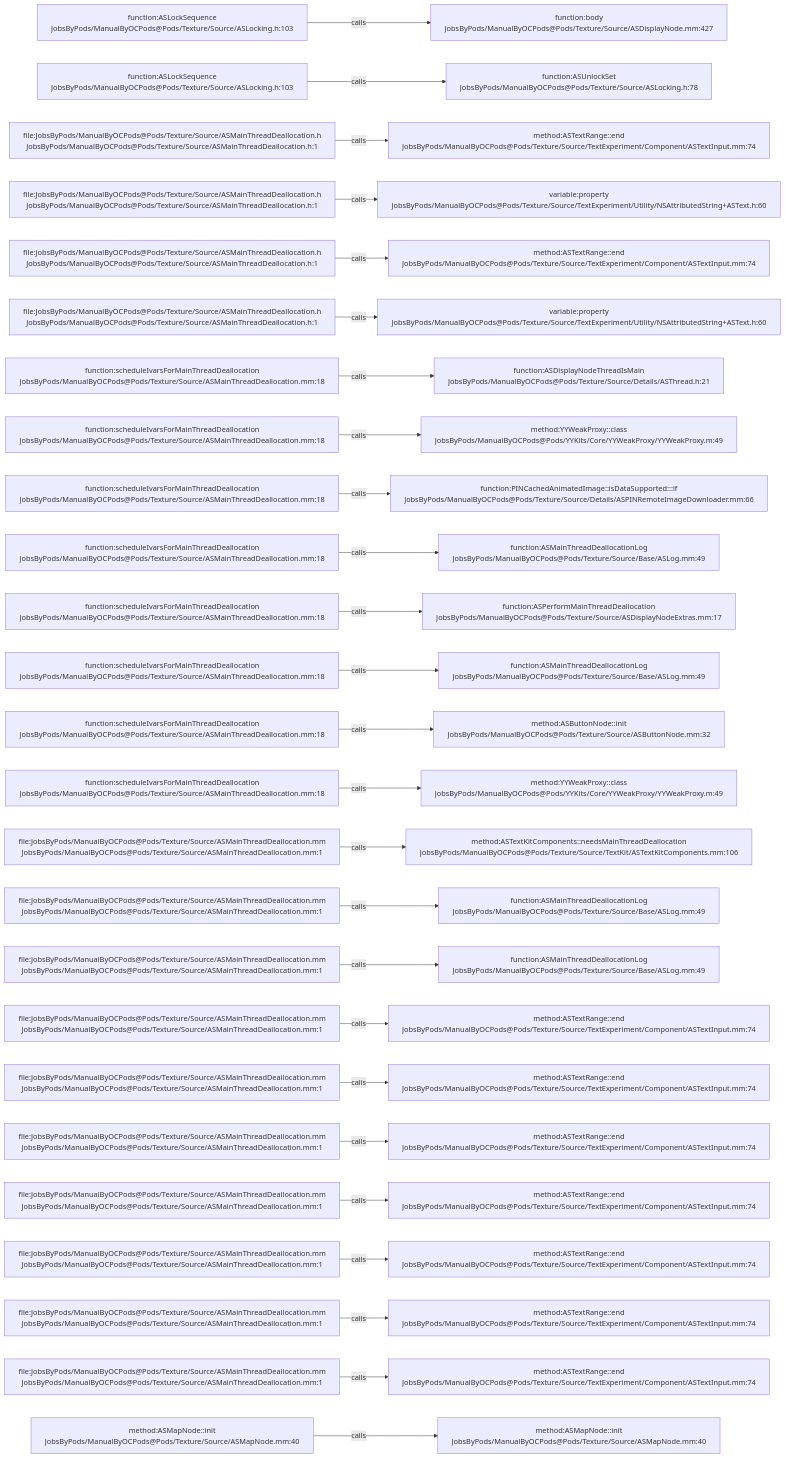
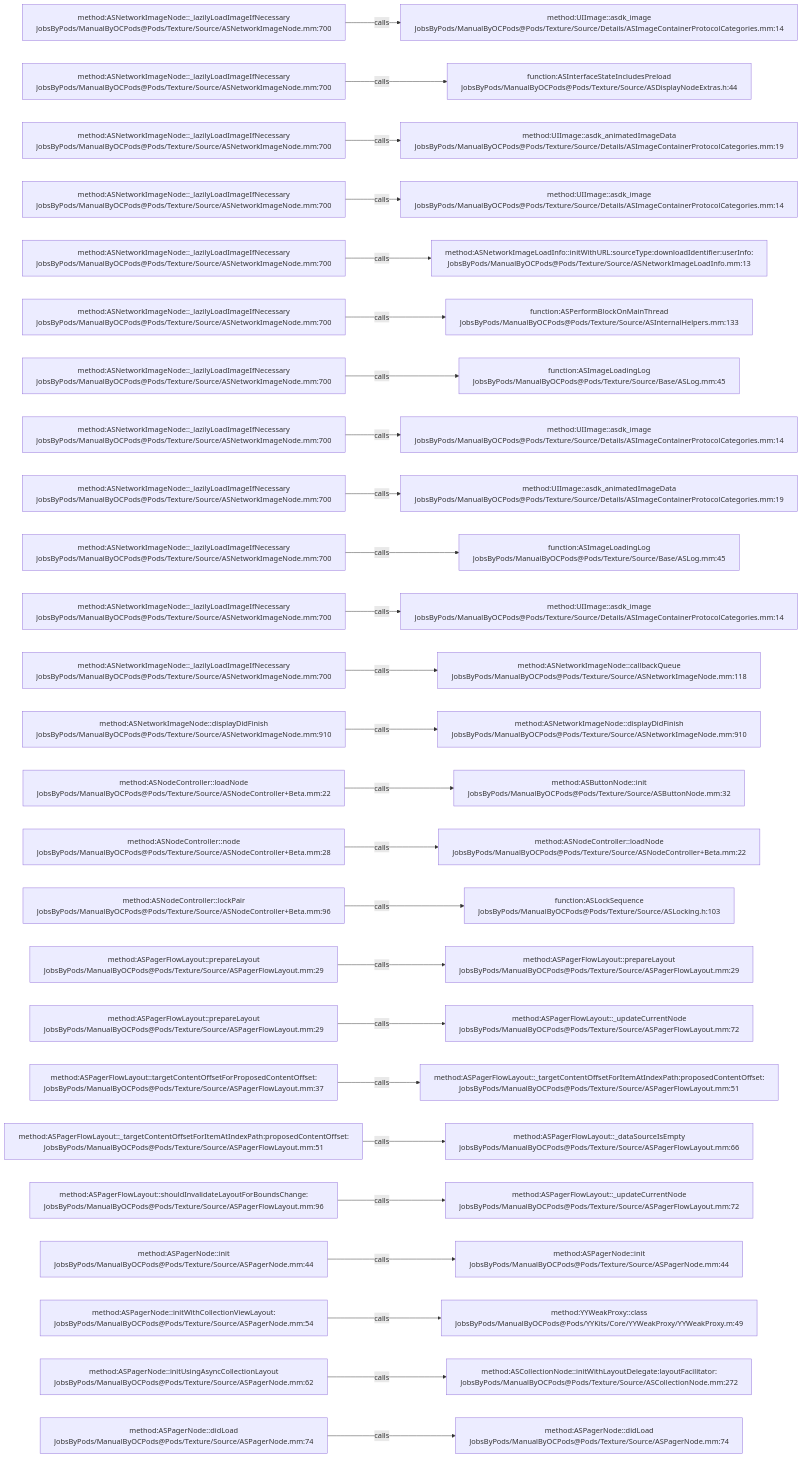
Before and after one commit to JobsKits/JobsOCBaseConfigDemo: the diagram in .codegraph/codegraph.md/graphs/calls-104.md, drawn with Mermaid. The commit also changed 2723 other files, not shown here.

````diff
--- a/.codegraph/codegraph.md/graphs/calls-104.md
+++ b/.codegraph/codegraph.md/graphs/calls-104.md
@@ -13,78 +13,78 @@
 ```mermaid
 flowchart LR
-  S1["function:ASLockSequence<br/>JobsByPods/ManualByOCPods@Pods/Texture/Source/ASLocking.h:103"]
-  T1["function:body<br/>JobsByPods/ManualByOCPods@Pods/Texture/Source/ASDisplayNode.mm:427"]
+  S1["method:ASNetworkImageNode::_lazilyLoadImageIfNecessary<br/>JobsByPods/ManualByOCPods@Pods/Texture/Source/ASNetworkImageNode.mm:700"]
+  T1["method:UIImage::asdk_image<br/>JobsByPods/ManualByOCPods@Pods/Texture/Source/Details/ASImageContainerProtocolCategories.mm:14"]
   S1 -->|calls| T1
-  S2["function:ASLockSequence<br/>JobsByPods/ManualByOCPods@Pods/Texture/Source/ASLocking.h:103"]
-  T2["function:ASUnlockSet<br/>JobsByPods/ManualByOCPods@Pods/Texture/Source/ASLocking.h:78"]
+  S2["method:ASNetworkImageNode::_lazilyLoadImageIfNecessary<br/>JobsByPods/ManualByOCPods@Pods/Texture/Source/ASNetworkImageNode.mm:700"]
+  T2["function:ASInterfaceStateIncludesPreload<br/>JobsByPods/ManualByOCPods@Pods/Texture/Source/ASDisplayNodeExtras.h:44"]
   S2 -->|calls| T2
-  S3["file:JobsByPods/ManualByOCPods@Pods/Texture/Source/ASMainThreadDeallocation.h<br/>JobsByPods/ManualByOCPods@Pods/Texture/Source/ASMainThreadDeallocation.h:1"]
-  T3["method:ASTextRange::end<br/>JobsByPods/ManualByOCPods@Pods/Texture/Source/TextExperiment/Component/ASTextInput.mm:74"]
+  S3["method:ASNetworkImageNode::_lazilyLoadImageIfNecessary<br/>JobsByPods/ManualByOCPods@Pods/Texture/Source/ASNetworkImageNode.mm:700"]
+  T3["method:UIImage::asdk_animatedImageData<br/>JobsByPods/ManualByOCPods@Pods/Texture/Source/Details/ASImageContainerProtocolCategories.mm:19"]
   S3 -->|calls| T3
-  S4["file:JobsByPods/ManualByOCPods@Pods/Texture/Source/ASMainThreadDeallocation.h<br/>JobsByPods/ManualByOCPods@Pods/Texture/Source/ASMainThreadDeallocation.h:1"]
-  T4["variable:property<br/>JobsByPods/ManualByOCPods@Pods/Texture/Source/TextExperiment/Utility/NSAttributedString+ASText.h:60"]
+  S4["method:ASNetworkImageNode::_lazilyLoadImageIfNecessary<br/>JobsByPods/ManualByOCPods@Pods/Texture/Source/ASNetworkImageNode.mm:700"]
+  T4["method:UIImage::asdk_image<br/>JobsByPods/ManualByOCPods@Pods/Texture/Source/Details/ASImageContainerProtocolCategories.mm:14"]
   S4 -->|calls| T4
-  S5["file:JobsByPods/ManualByOCPods@Pods/Texture/Source/ASMainThreadDeallocation.h<br/>JobsByPods/ManualByOCPods@Pods/Texture/Source/ASMainThreadDeallocation.h:1"]
-  T5["method:ASTextRange::end<br/>JobsByPods/ManualByOCPods@Pods/Texture/Source/TextExperiment/Component/ASTextInput.mm:74"]
+  S5["method:ASNetworkImageNode::_lazilyLoadImageIfNecessary<br/>JobsByPods/ManualByOCPods@Pods/Texture/Source/ASNetworkImageNode.mm:700"]
+  T5["method:ASNetworkImageLoadInfo::initWithURL:sourceType:downloadIdentifier:userInfo:<br/>JobsByPods/ManualByOCPods@Pods/Texture/Source/ASNetworkImageLoadInfo.mm:13"]
   S5 -->|calls| T5
-  S6["file:JobsByPods/ManualByOCPods@Pods/Texture/Source/ASMainThreadDeallocation.h<br/>JobsByPods/ManualByOCPods@Pods/Texture/Source/ASMainThreadDeallocation.h:1"]
-  T6["variable:property<br/>JobsByPods/ManualByOCPods@Pods/Texture/Source/TextExperiment/Utility/NSAttributedString+ASText.h:60"]
+  S6["method:ASNetworkImageNode::_lazilyLoadImageIfNecessary<br/>JobsByPods/ManualByOCPods@Pods/Texture/Source/ASNetworkImageNode.mm:700"]
+  T6["function:ASPerformBlockOnMainThread<br/>JobsByPods/ManualByOCPods@Pods/Texture/Source/ASInternalHelpers.mm:133"]
   S6 -->|calls| T6
-  S7["function:scheduleIvarsForMainThreadDeallocation<br/>JobsByPods/ManualByOCPods@Pods/Texture/Source/ASMainThreadDeallocation.mm:18"]
-  T7["function:ASDisplayNodeThreadIsMain<br/>JobsByPods/ManualByOCPods@Pods/Texture/Source/Details/ASThread.h:21"]
+  S7["method:ASNetworkImageNode::_lazilyLoadImageIfNecessary<br/>JobsByPods/ManualByOCPods@Pods/Texture/Source/ASNetworkImageNode.mm:700"]
+  T7["function:ASImageLoadingLog<br/>JobsByPods/ManualByOCPods@Pods/Texture/Source/Base/ASLog.mm:45"]
   S7 -->|calls| T7
-  S8["function:scheduleIvarsForMainThreadDeallocation<br/>JobsByPods/ManualByOCPods@Pods/Texture/Source/ASMainThreadDeallocation.mm:18"]
-  T8["method:YYWeakProxy::class<br/>JobsByPods/ManualByOCPods@Pods/YYKits/Core/YYWeakProxy/YYWeakProxy.m:49"]
+  S8["method:ASNetworkImageNode::_lazilyLoadImageIfNecessary<br/>JobsByPods/ManualByOCPods@Pods/Texture/Source/ASNetworkImageNode.mm:700"]
+  T8["method:UIImage::asdk_image<br/>JobsByPods/ManualByOCPods@Pods/Texture/Source/Details/ASImageContainerProtocolCategories.mm:14"]
   S8 -->|calls| T8
-  S9["function:scheduleIvarsForMainThreadDeallocation<br/>JobsByPods/ManualByOCPods@Pods/Texture/Source/ASMainThreadDeallocation.mm:18"]
-  T9["function:PINCachedAnimatedImage::isDataSupported:::if<br/>JobsByPods/ManualByOCPods@Pods/Texture/Source/Details/ASPINRemoteImageDownloader.mm:66"]
+  S9["method:ASNetworkImageNode::_lazilyLoadImageIfNecessary<br/>JobsByPods/ManualByOCPods@Pods/Texture/Source/ASNetworkImageNode.mm:700"]
+  T9["method:UIImage::asdk_animatedImageData<br/>JobsByPods/ManualByOCPods@Pods/Texture/Source/Details/ASImageContainerProtocolCategories.mm:19"]
   S9 -->|calls| T9
-  S10["function:scheduleIvarsForMainThreadDeallocation<br/>JobsByPods/ManualByOCPods@Pods/Texture/Source/ASMainThreadDeallocation.mm:18"]
-  T10["function:ASMainThreadDeallocationLog<br/>JobsByPods/ManualByOCPods@Pods/Texture/Source/Base/ASLog.mm:49"]
+  S10["method:ASNetworkImageNode::_lazilyLoadImageIfNecessary<br/>JobsByPods/ManualByOCPods@Pods/Texture/Source/ASNetworkImageNode.mm:700"]
+  T10["function:ASImageLoadingLog<br/>JobsByPods/ManualByOCPods@Pods/Texture/Source/Base/ASLog.mm:45"]
   S10 -->|calls| T10
-  S11["function:scheduleIvarsForMainThreadDeallocation<br/>JobsByPods/ManualByOCPods@Pods/Texture/Source/ASMainThreadDeallocation.mm:18"]
-  T11["function:ASPerformMainThreadDeallocation<br/>JobsByPods/ManualByOCPods@Pods/Texture/Source/ASDisplayNodeExtras.mm:17"]
+  S11["method:ASNetworkImageNode::_lazilyLoadImageIfNecessary<br/>JobsByPods/ManualByOCPods@Pods/Texture/Source/ASNetworkImageNode.mm:700"]
+  T11["method:UIImage::asdk_image<br/>JobsByPods/ManualByOCPods@Pods/Texture/Source/Details/ASImageContainerProtocolCategories.mm:14"]
   S11 -->|calls| T11
-  S12["function:scheduleIvarsForMainThreadDeallocation<br/>JobsByPods/ManualByOCPods@Pods/Texture/Source/ASMainThreadDeallocation.mm:18"]
-  T12["function:ASMainThreadDeallocationLog<br/>JobsByPods/ManualByOCPods@Pods/Texture/Source/Base/ASLog.mm:49"]
+  S12["method:ASNetworkImageNode::_lazilyLoadImageIfNecessary<br/>JobsByPods/ManualByOCPods@Pods/Texture/Source/ASNetworkImageNode.mm:700"]
+  T12["method:ASNetworkImageNode::callbackQueue<br/>JobsByPods/ManualByOCPods@Pods/Texture/Source/ASNetworkImageNode.mm:118"]
   S12 -->|calls| T12
-  S13["function:scheduleIvarsForMainThreadDeallocation<br/>JobsByPods/ManualByOCPods@Pods/Texture/Source/ASMainThreadDeallocation.mm:18"]
-  T13["method:ASButtonNode::init<br/>JobsByPods/ManualByOCPods@Pods/Texture/Source/ASButtonNode.mm:32"]
+  S13["method:ASNetworkImageNode::displayDidFinish<br/>JobsByPods/ManualByOCPods@Pods/Texture/Source/ASNetworkImageNode.mm:910"]
+  T13["method:ASNetworkImageNode::displayDidFinish<br/>JobsByPods/ManualByOCPods@Pods/Texture/Source/ASNetworkImageNode.mm:910"]
   S13 -->|calls| T13
-  S14["function:scheduleIvarsForMainThreadDeallocation<br/>JobsByPods/ManualByOCPods@Pods/Texture/Source/ASMainThreadDeallocation.mm:18"]
-  T14["method:YYWeakProxy::class<br/>JobsByPods/ManualByOCPods@Pods/YYKits/Core/YYWeakProxy/YYWeakProxy.m:49"]
+  S14["method:ASNodeController::loadNode<br/>JobsByPods/ManualByOCPods@Pods/Texture/Source/ASNodeController+Beta.mm:22"]
+  T14["method:ASButtonNode::init<br/>JobsByPods/ManualByOCPods@Pods/Texture/Source/ASButtonNode.mm:32"]
   S14 -->|calls| T14
-  S15["file:JobsByPods/ManualByOCPods@Pods/Texture/Source/ASMainThreadDeallocation.mm<br/>JobsByPods/ManualByOCPods@Pods/Texture/Source/ASMainThreadDeallocation.mm:1"]
-  T15["method:ASTextKitComponents::needsMainThreadDeallocation<br/>JobsByPods/ManualByOCPods@Pods/Texture/Source/TextKit/ASTextKitComponents.mm:106"]
+  S15["method:ASNodeController::node<br/>JobsByPods/ManualByOCPods@Pods/Texture/Source/ASNodeController+Beta.mm:28"]
+  T15["method:ASNodeController::loadNode<br/>JobsByPods/ManualByOCPods@Pods/Texture/Source/ASNodeController+Beta.mm:22"]
   S15 -->|calls| T15
-  S16["file:JobsByPods/ManualByOCPods@Pods/Texture/Source/ASMainThreadDeallocation.mm<br/>JobsByPods/ManualByOCPods@Pods/Texture/Source/ASMainThreadDeallocation.mm:1"]
-  T16["function:ASMainThreadDeallocationLog<br/>JobsByPods/ManualByOCPods@Pods/Texture/Source/Base/ASLog.mm:49"]
+  S16["method:ASNodeController::lockPair<br/>JobsByPods/ManualByOCPods@Pods/Texture/Source/ASNodeController+Beta.mm:96"]
+  T16["function:ASLockSequence<br/>JobsByPods/ManualByOCPods@Pods/Texture/Source/ASLocking.h:103"]
   S16 -->|calls| T16
-  S17["file:JobsByPods/ManualByOCPods@Pods/Texture/Source/ASMainThreadDeallocation.mm<br/>JobsByPods/ManualByOCPods@Pods/Texture/Source/ASMainThreadDeallocation.mm:1"]
-  T17["function:ASMainThreadDeallocationLog<br/>JobsByPods/ManualByOCPods@Pods/Texture/Source/Base/ASLog.mm:49"]
+  S17["method:ASPagerFlowLayout::prepareLayout<br/>JobsByPods/ManualByOCPods@Pods/Texture/Source/ASPagerFlowLayout.mm:29"]
+  T17["method:ASPagerFlowLayout::prepareLayout<br/>JobsByPods/ManualByOCPods@Pods/Texture/Source/ASPagerFlowLayout.mm:29"]
   S17 -->|calls| T17
-  S18["file:JobsByPods/ManualByOCPods@Pods/Texture/Source/ASMainThreadDeallocation.mm<br/>JobsByPods/ManualByOCPods@Pods/Texture/Source/ASMainThreadDeallocation.mm:1"]
-  T18["method:ASTextRange::end<br/>JobsByPods/ManualByOCPods@Pods/Texture/Source/TextExperiment/Component/ASTextInput.mm:74"]
+  S18["method:ASPagerFlowLayout::prepareLayout<br/>JobsByPods/ManualByOCPods@Pods/Texture/Source/ASPagerFlowLayout.mm:29"]
+  T18["method:ASPagerFlowLayout::_updateCurrentNode<br/>JobsByPods/ManualByOCPods@Pods/Texture/Source/ASPagerFlowLayout.mm:72"]
   S18 -->|calls| T18
-  S19["file:JobsByPods/ManualByOCPods@Pods/Texture/Source/ASMainThreadDeallocation.mm<br/>JobsByPods/ManualByOCPods@Pods/Texture/Source/ASMainThreadDeallocation.mm:1"]
-  T19["method:ASTextRange::end<br/>JobsByPods/ManualByOCPods@Pods/Texture/Source/TextExperiment/Component/ASTextInput.mm:74"]
+  S19["method:ASPagerFlowLayout::targetContentOffsetForProposedContentOffset:<br/>JobsByPods/ManualByOCPods@Pods/Texture/Source/ASPagerFlowLayout.mm:37"]
+  T19["method:ASPagerFlowLayout::_targetContentOffsetForItemAtIndexPath:proposedContentOffset:<br/>JobsByPods/ManualByOCPods@Pods/Texture/Source/ASPagerFlowLayout.mm:51"]
   S19 -->|calls| T19
-  S20["file:JobsByPods/ManualByOCPods@Pods/Texture/Source/ASMainThreadDeallocation.mm<br/>JobsByPods/ManualByOCPods@Pods/Texture/Source/ASMainThreadDeallocation.mm:1"]
-  T20["method:ASTextRange::end<br/>JobsByPods/ManualByOCPods@Pods/Texture/Source/TextExperiment/Component/ASTextInput.mm:74"]
+  S20["method:ASPagerFlowLayout::_targetContentOffsetForItemAtIndexPath:proposedContentOffset:<br/>JobsByPods/ManualByOCPods@Pods/Texture/Source/ASPagerFlowLayout.mm:51"]
+  T20["method:ASPagerFlowLayout::_dataSourceIsEmpty<br/>JobsByPods/ManualByOCPods@Pods/Texture/Source/ASPagerFlowLayout.mm:66"]
   S20 -->|calls| T20
-  S21["file:JobsByPods/ManualByOCPods@Pods/Texture/Source/ASMainThreadDeallocation.mm<br/>JobsByPods/ManualByOCPods@Pods/Texture/Source/ASMainThreadDeallocation.mm:1"]
-  T21["method:ASTextRange::end<br/>JobsByPods/ManualByOCPods@Pods/Texture/Source/TextExperiment/Component/ASTextInput.mm:74"]
+  S21["method:ASPagerFlowLayout::shouldInvalidateLayoutForBoundsChange:<br/>JobsByPods/ManualByOCPods@Pods/Texture/Source/ASPagerFlowLayout.mm:96"]
+  T21["method:ASPagerFlowLayout::_updateCurrentNode<br/>JobsByPods/ManualByOCPods@Pods/Texture/Source/ASPagerFlowLayout.mm:72"]
   S21 -->|calls| T21
-  S22["file:JobsByPods/ManualByOCPods@Pods/Texture/Source/ASMainThreadDeallocation.mm<br/>JobsByPods/ManualByOCPods@Pods/Texture/Source/ASMainThreadDeallocation.mm:1"]
-  T22["method:ASTextRange::end<br/>JobsByPods/ManualByOCPods@Pods/Texture/Source/TextExperiment/Component/ASTextInput.mm:74"]
+  S22["method:ASPagerNode::init<br/>JobsByPods/ManualByOCPods@Pods/Texture/Source/ASPagerNode.mm:44"]
+  T22["method:ASPagerNode::init<br/>JobsByPods/ManualByOCPods@Pods/Texture/Source/ASPagerNode.mm:44"]
   S22 -->|calls| T22
-  S23["file:JobsByPods/ManualByOCPods@Pods/Texture/Source/ASMainThreadDeallocation.mm<br/>JobsByPods/ManualByOCPods@Pods/Texture/Source/ASMainThreadDeallocation.mm:1"]
-  T23["method:ASTextRange::end<br/>JobsByPods/ManualByOCPods@Pods/Texture/Source/TextExperiment/Component/ASTextInput.mm:74"]
+  S23["method:ASPagerNode::initWithCollectionViewLayout:<br/>JobsByPods/ManualByOCPods@Pods/Texture/Source/ASPagerNode.mm:54"]
+  T23["method:YYWeakProxy::class<br/>JobsByPods/ManualByOCPods@Pods/YYKits/Core/YYWeakProxy/YYWeakProxy.m:49"]
   S23 -->|calls| T23
-  S24["file:JobsByPods/ManualByOCPods@Pods/Texture/Source/ASMainThreadDeallocation.mm<br/>JobsByPods/ManualByOCPods@Pods/Texture/Source/ASMainThreadDeallocation.mm:1"]
-  T24["method:ASTextRange::end<br/>JobsByPods/ManualByOCPods@Pods/Texture/Source/TextExperiment/Component/ASTextInput.mm:74"]
+  S24["method:ASPagerNode::initUsingAsyncCollectionLayout<br/>JobsByPods/ManualByOCPods@Pods/Texture/Source/ASPagerNode.mm:62"]
+  T24["method:ASCollectionNode::initWithLayoutDelegate:layoutFacilitator:<br/>JobsByPods/ManualByOCPods@Pods/Texture/Source/ASCollectionNode.mm:272"]
   S24 -->|calls| T24
-  S25["method:ASMapNode::init<br/>JobsByPods/ManualByOCPods@Pods/Texture/Source/ASMapNode.mm:40"]
-  T25["method:ASMapNode::init<br/>JobsByPods/ManualByOCPods@Pods/Texture/Source/ASMapNode.mm:40"]
+  S25["method:ASPagerNode::didLoad<br/>JobsByPods/ManualByOCPods@Pods/Texture/Source/ASPagerNode.mm:74"]
+  T25["method:ASPagerNode::didLoad<br/>JobsByPods/ManualByOCPods@Pods/Texture/Source/ASPagerNode.mm:74"]
   S25 -->|calls| T25
 ```
````
